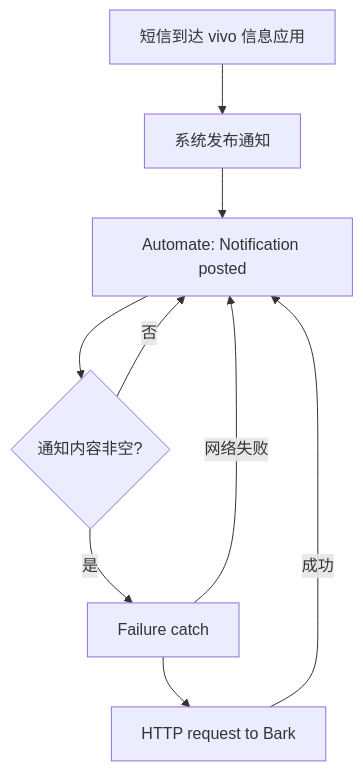
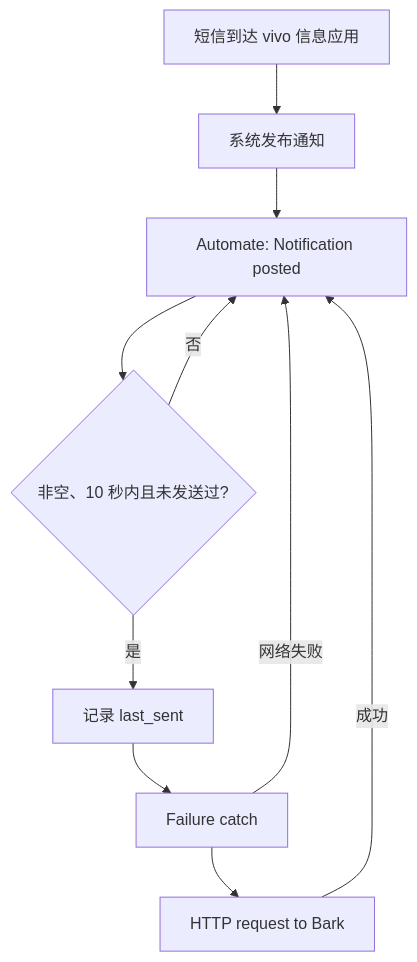
The diagram in README.md (ruirui120/automate-bark-sms-forwarder), drawn with Mermaid before and after one commit. The commit also changed other lines of this file and 2 other files, not shown here.

````diff
--- a/README.md
+++ b/README.md
@@ -14,11 +14,12 @@
 ```mermaid
 flowchart TD
     A[短信到达 vivo 信息应用] --> B[系统发布通知]
     B --> C[Automate: Notification posted]
-    C --> D{通知内容非空?}
+    C --> D{非空、10 秒内且未发送过?}
     D -- 否 --> C
-    D -- 是 --> E[Failure catch]
-    E --> F[HTTP request to Bark]
-    F -- 成功 --> C
-    E -- 网络失败 --> C
+    D -- 是 --> E[记录 last_sent]
+    E --> F[Failure catch]
+    F --> G[HTTP request to Bark]
+    G -- 成功 --> C
+    F -- 网络失败 --> C
 ```
````
